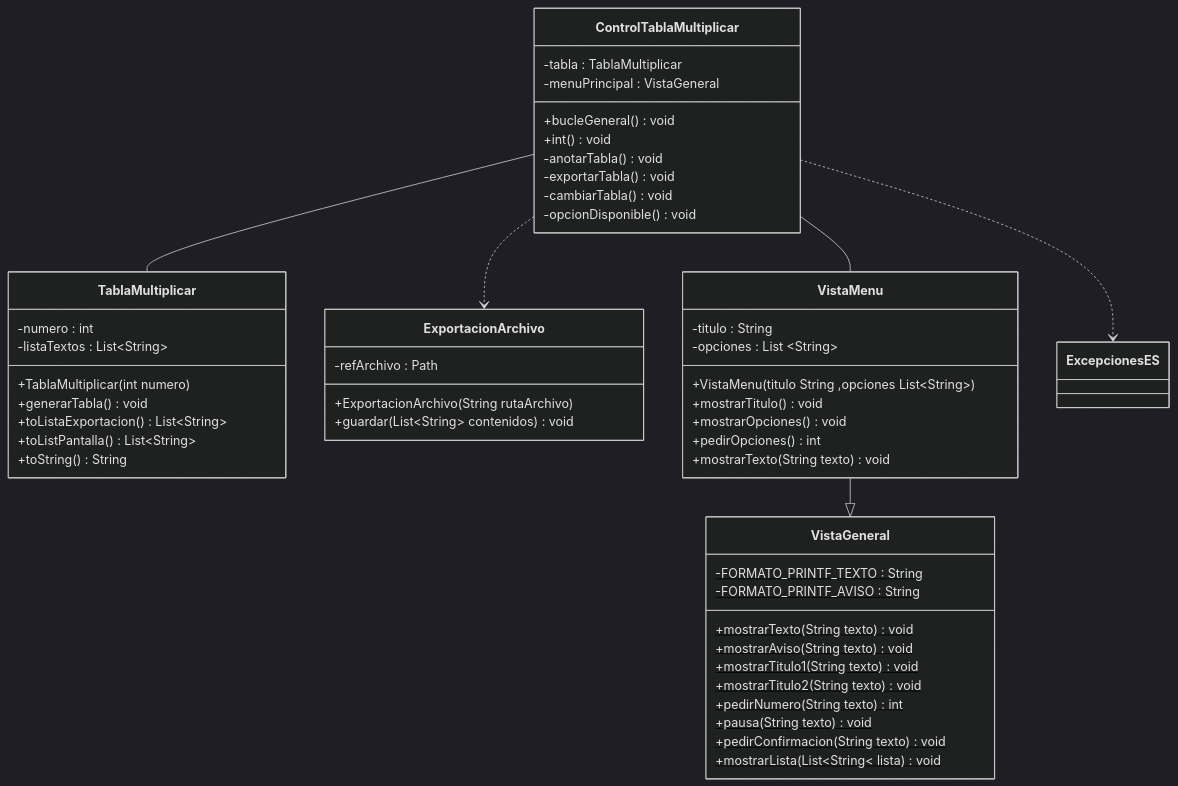
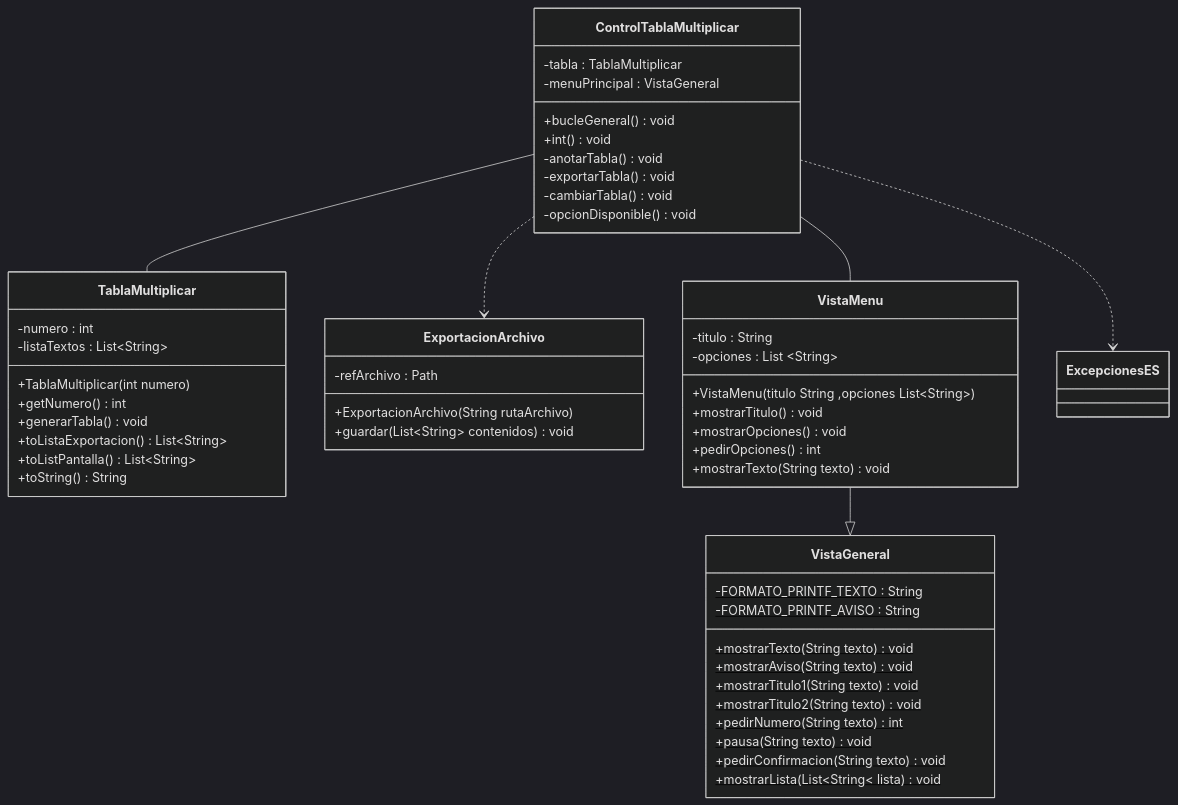
The diagram in MapasUML/UMLTablaMultiplicar.md (agatacabrerizo/ED20260305), drawn with Mermaid (dark theme) before and after one commit.

Commit message:
Nuevo método UML TablaMultiplicar getNumero()int

````diff
--- a/MapasUML/UMLTablaMultiplicar.md
+++ b/MapasUML/UMLTablaMultiplicar.md
@@ -1,58 +1,59 @@
 ```mermaid
 classDiagram
     ControlTablaMultiplicar -- TablaMultiplicar 
     ControlTablaMultiplicar ..> ExportacionArchivo 
     ControlTablaMultiplicar -- VistaMenu
     ControlTablaMultiplicar ..> ExcepcionesES
     VistaMenu --|> VistaGeneral
 
     class ControlTablaMultiplicar{
         -tabla : TablaMultiplicar
         -menuPrincipal : VistaGeneral
         +bucleGeneral() void
         +int() void
 		-anotarTabla() void
         -exportarTabla() void
         -cambiarTabla() void
         -opcionDisponible() void
     }
 
     class TablaMultiplicar{
         -numero : int
         -listaTextos : List~String~
         +TablaMultiplicar(int numero)
+        +getNumero() int
         +generarTabla() void
         +toListaExportacion() List&lt;String&gt;
         +toListPantalla() List&lt;String&gt;
         +toString() String
     }
 
     class ExportacionArchivo {
         -refArchivo : Path
         +ExportacionArchivo(String rutaArchivo)
         +guardar(List&lt;String&gt; contenidos) void
     }
 
     class VistaMenu{
         -titulo : String
         -opciones : List ~String~
         +VistaMenu(titulo String ,opciones List~String~ )
         +mostrarTitulo() void
         +mostrarOpciones() void
         +pedirOpciones() int
         +mostrarTexto(String texto) void
     }
 
     class VistaGeneral{
         -FORMATO_PRINTF_TEXTO : String$
         -FORMATO_PRINTF_AVISO : String$
         +mostrarTexto(String texto)$ void
         +mostrarAviso(String texto)$ void
         +mostrarTitulo1(String texto)$ void
         +mostrarTitulo2(String texto)$ void
         +pedirNumero(String texto)$ int
         +pausa(String texto)$ void
         +pedirConfirmacion(String texto)$ void
         +mostrarLista(List&lt;String&lt; lista)$ void
     }
 ```
````
